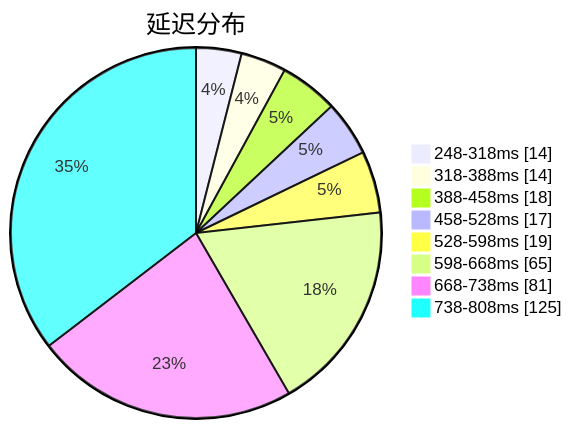
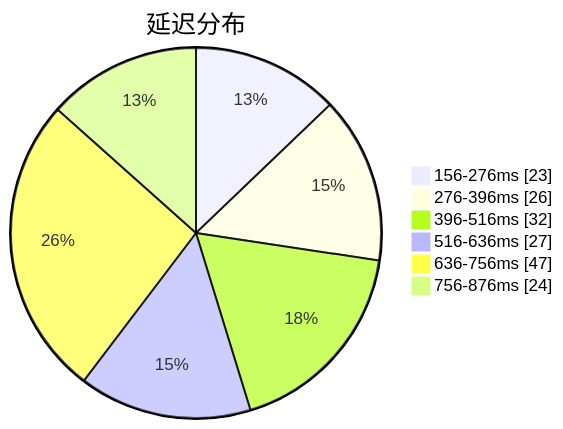
One commit to qjlxg/airport changed the first of 3 diagrams in subs/statistics/tested_within.md. Above: the diagram before and after it, drawn with Mermaid. The commit also changed other lines of this file and 2 other files, not shown here.

````diff
--- a/subs/statistics/tested_within.md
+++ b/subs/statistics/tested_within.md
@@ -2,12 +2,10 @@
 ```mermaid
 pie showData
 title 延迟分布
-"248-318ms" : 14
-"318-388ms" : 14
-"388-458ms" : 18
-"458-528ms" : 17
-"528-598ms" : 19
-"598-668ms" : 65
-"668-738ms" : 81
-"738-808ms" : 125
+"156-276ms" : 23
+"276-396ms" : 26
+"396-516ms" : 32
+"516-636ms" : 27
+"636-756ms" : 47
+"756-876ms" : 24
 ```
````
